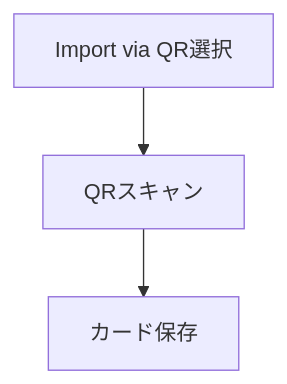
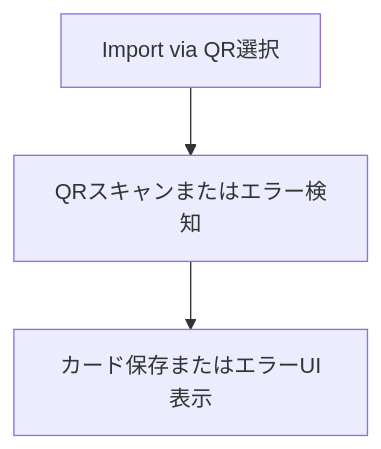
Diagram 13 of 57 in memory-bank/userJourneys.md (tmaeda11235/style-atelier), drawn with Mermaid before and after one commit. The commit also changed other lines of this file and 3 other files, not shown here.

````diff
--- a/memory-bank/userJourneys.md
+++ b/memory-bank/userJourneys.md
@@ -301,8 +317,8 @@
 ```mermaid
 flowchart TD
   S1["Import via QR選択"]
-  S2["QRスキャン"]
+  S2["QRスキャンまたはエラー検知"]
   S1 --> S2
-  S3["カード保存"]
+  S3["カード保存またはエラーUI表示"]
   S2 --> S3
 ```
````
